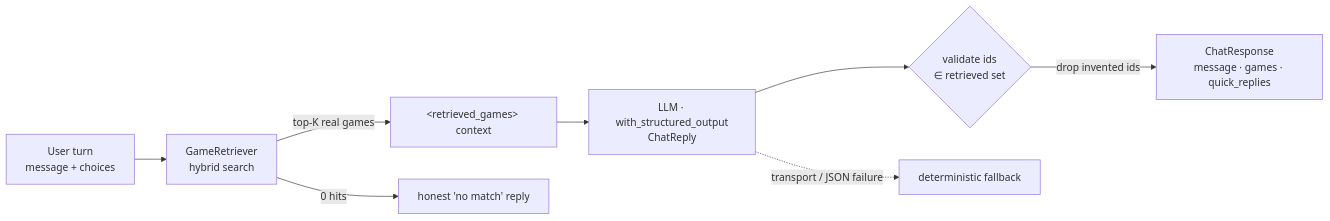
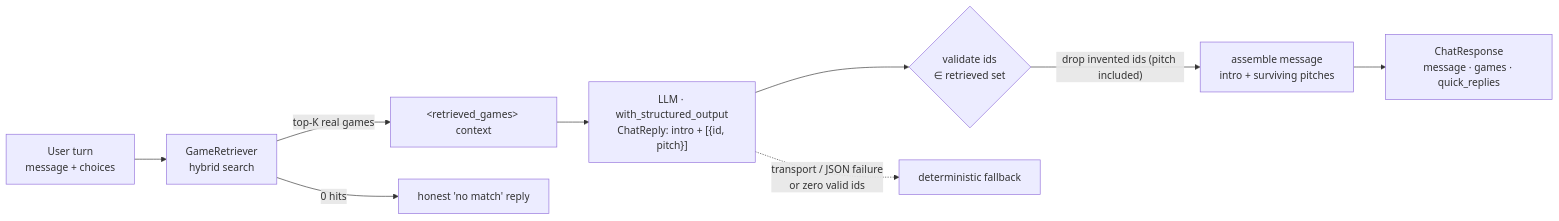
One commit to msporchia/board-game-rag-seller changed the diagram in docs/chat.md. Above: the diagram before and after it, drawn with Mermaid. The commit also changed other lines of this file and 4 other files, not shown here.

First line of the commit message:
Make chat prose/cards coherence structural; trace chat LLM calls

````diff
--- a/docs/chat.md
+++ b/docs/chat.md
@@ -24,10 +24,11 @@
 ```mermaid
 flowchart LR
     U[User turn<br/>message + choices] --> R[GameRetriever<br/>hybrid search]
     R -->|top-K real games| C["&lt;retrieved_games&gt; context"]
-    C --> L[LLM · with_structured_output<br/>ChatReply]
+    C --> L["LLM · with_structured_output<br/>ChatReply: intro + [{id, pitch}]"]
     L --> V{validate ids<br/>∈ retrieved set}
-    V -->|drop invented ids| Resp[ChatResponse<br/>message · games · quick_replies]
+    V -->|"drop invented ids (pitch included)"| A[assemble message<br/>intro + surviving pitches]
+    A --> Resp[ChatResponse<br/>message · games · quick_replies]
     R -->|0 hits| H[honest 'no match' reply]
-    L -. transport / JSON failure .-> F[deterministic fallback]
+    L -. transport / JSON failure<br/>or zero valid ids .-> F[deterministic fallback]
 ```
````
